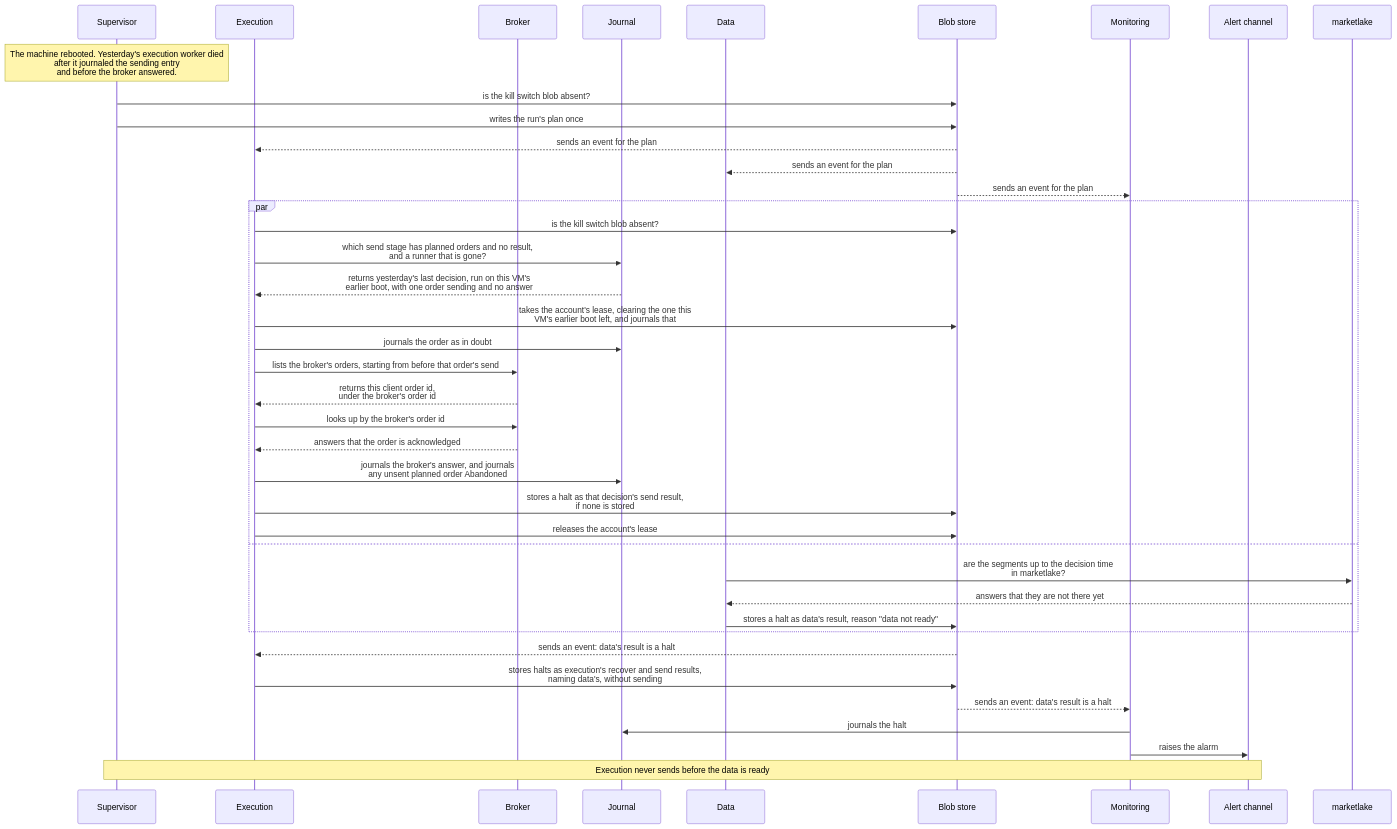
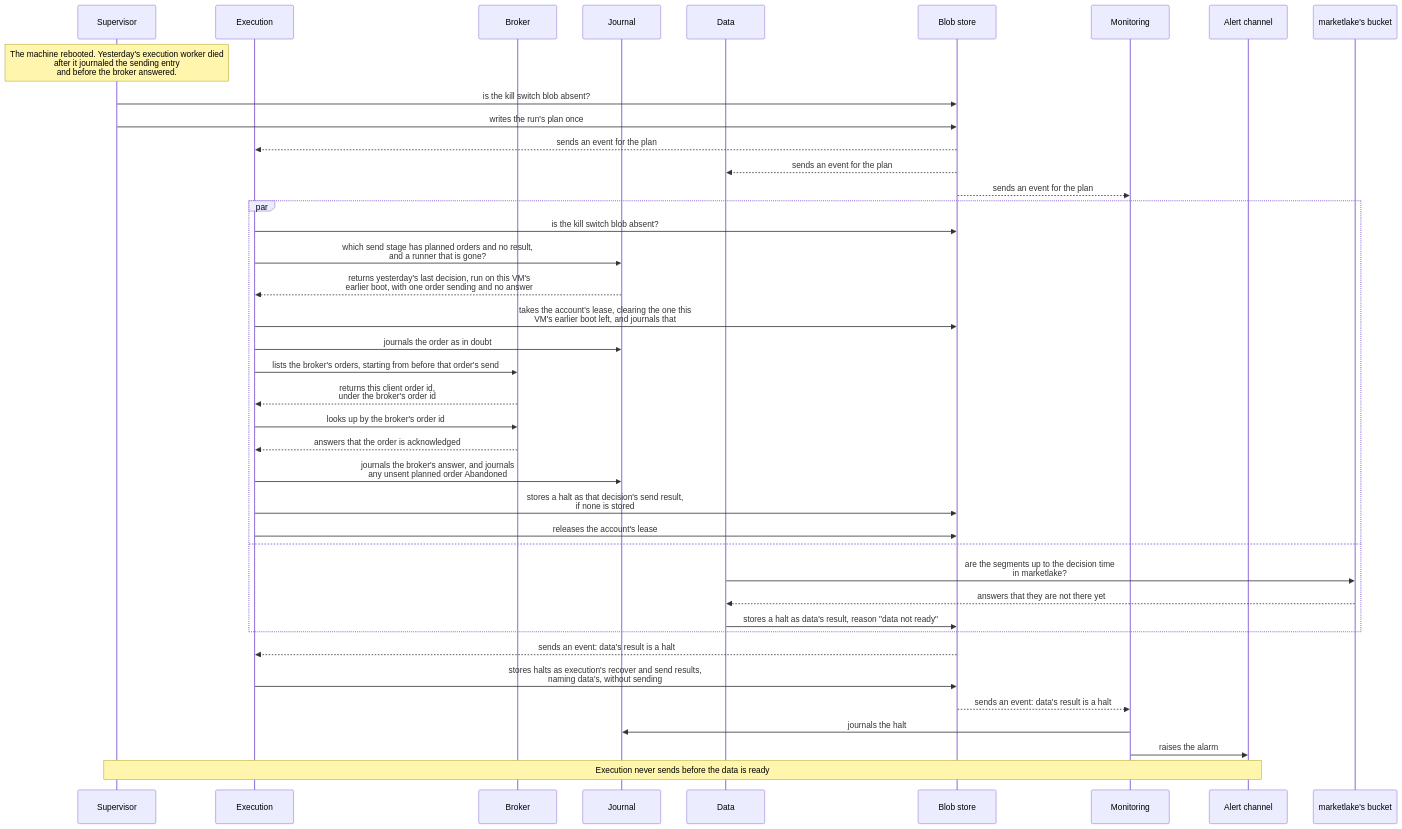
One commit to l3a0/ithildin-runtime changed diagram 12 of 18 in docs/architecture/06-runtime.md. Above: the diagram before and after it, drawn with Mermaid. The commit also changed other lines of this file and 4 other files, not shown here.

````diff
--- a/docs/architecture/06-runtime.md
+++ b/docs/architecture/06-runtime.md
@@ -734,43 +736,43 @@
 ```mermaid
 sequenceDiagram
     participant V as Supervisor
     participant X as Execution
     participant B as Broker
     participant J as Journal
     participant D as Data
     participant F as Blob store
     participant M as Monitoring
     participant L as Alert channel
-    participant ML as marketlake
+    participant ML as marketlake's bucket
 
     Note over V: The machine rebooted. Yesterday's execution worker died<br/>after it journaled the sending entry<br/>and before the broker answered.
     V->>F: is the kill switch blob absent?
     V->>F: writes the run's plan once
     F-->>X: sends an event for the plan
     F-->>D: sends an event for the plan
     F-->>M: sends an event for the plan
     par
         X->>F: is the kill switch blob absent?
         X->>J: which send stage has planned orders and no result,<br/>and a runner that is gone?
         J-->>X: returns yesterday's last decision, run on this VM's<br/>earlier boot, with one order sending and no answer
         X->>F: takes the account's lease, clearing the one this<br/>VM's earlier boot left, and journals that
         X->>J: journals the order as in doubt
         X->>B: lists the broker's orders, starting from before that order's send
         B-->>X: returns this client order id,<br/>under the broker's order id
         X->>B: looks up by the broker's order id
         B-->>X: answers that the order is acknowledged
         X->>J: journals the broker's answer, and journals<br/>any unsent planned order Abandoned
         X->>F: stores a halt as that decision's send result,<br/>if none is stored
         X->>F: releases the account's lease
     and
         D->>ML: are the segments up to the decision time<br/>in marketlake?
         ML-->>D: answers that they are not there yet
         D->>F: stores a halt as data's result, reason "data not ready"
     end
     F-->>X: sends an event: data's result is a halt
     X->>F: stores halts as execution's recover and send results,<br/>naming data's, without sending
     F-->>M: sends an event: data's result is a halt
     M->>J: journals the halt
     M->>L: raises the alarm
     Note over V,L: Execution never sends before the data is ready
 ```
````
